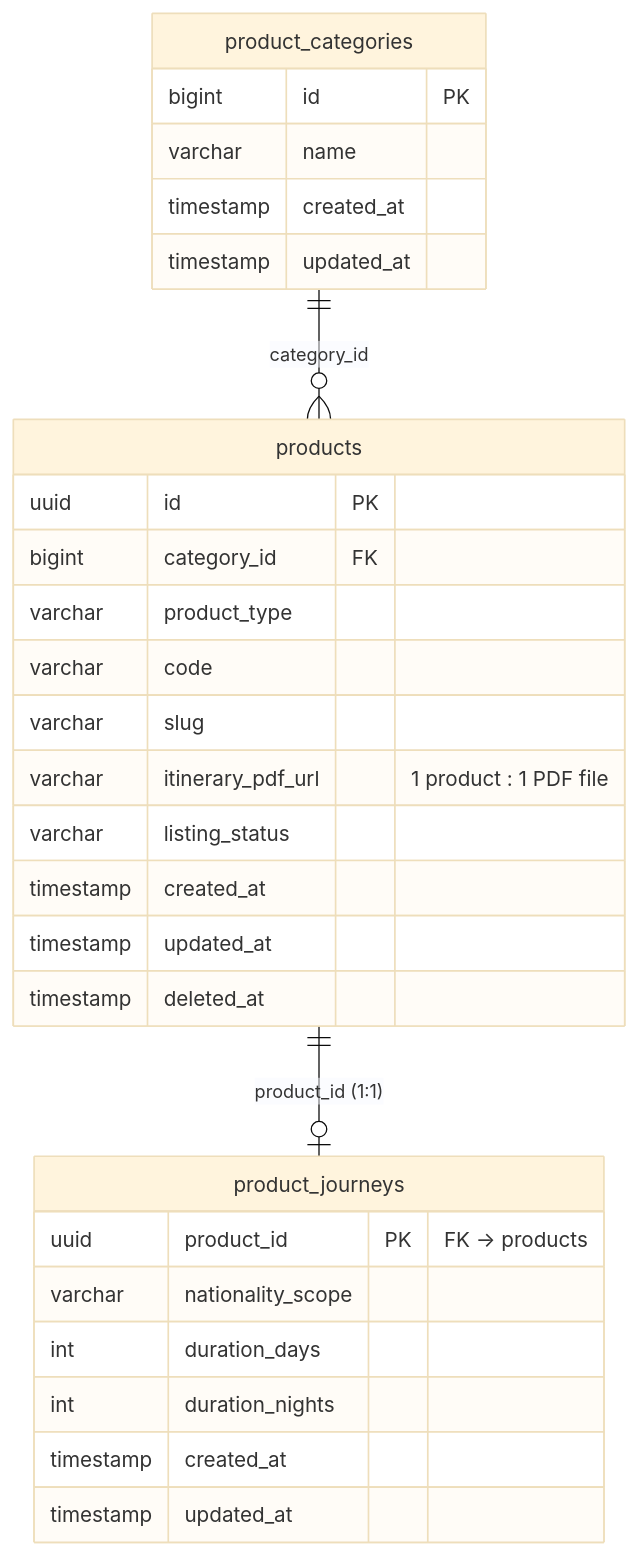
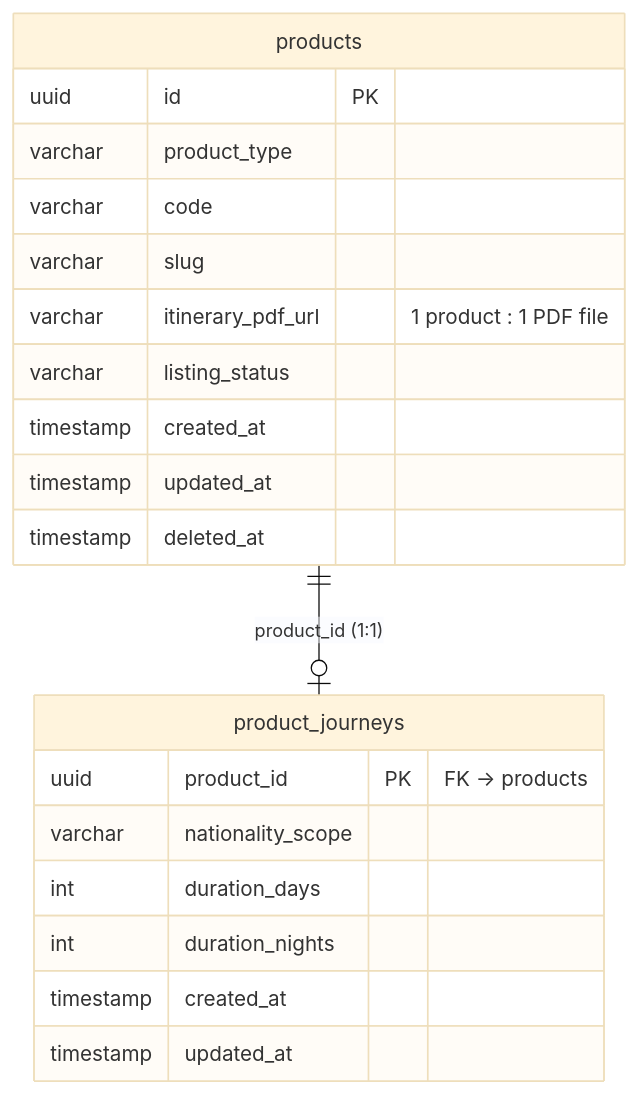
Before and after one commit to Haris-saifudin/hobiholidays-documentations: the first of 7 diagrams in product-technical-design.md, drawn with Mermaid (base theme). The commit also changed other lines of this file and 1 other file, not shown here.

Commit message:
refactor: remove product categories and FAQs while integrating an area domain for location management in technical design documentation

````diff
--- a/product-technical-design.md
+++ b/product-technical-design.md
@@ -341,34 +313,25 @@
 ```mermaid
 erDiagram
-    product_categories {
-        bigint    id   PK
-        varchar   name
-        timestamp created_at
-        timestamp updated_at
-    }
-
     products {
         uuid      id              PK
-        bigint    category_id     FK
         varchar   product_type
         varchar   code
         varchar   slug
         varchar   itinerary_pdf_url "1 product : 1 PDF file"
         varchar   listing_status
         timestamp created_at
         timestamp updated_at
         timestamp deleted_at
     }
 
     product_journeys {
         uuid      product_id         PK "FK → products"
         varchar   nationality_scope
         int       duration_days
         int       duration_nights
         timestamp created_at
         timestamp updated_at
     }
 
-    product_categories ||--o{ products       : "category_id"
     products           ||--o| product_journeys: "product_id (1:1)"
 ```
````
